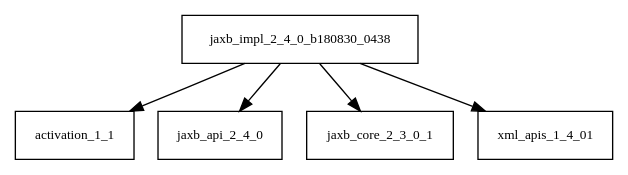
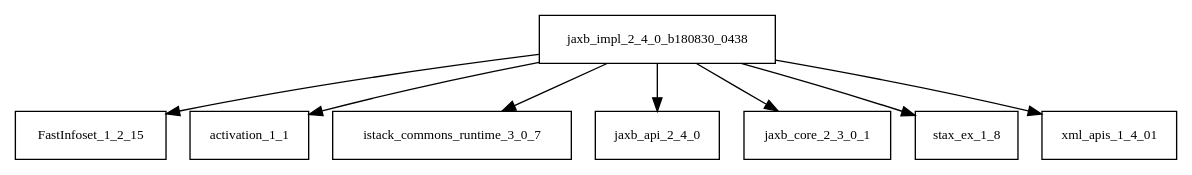
One commit to Hack23/cia changed the diagram in tattleTaleReport/graphviz/jaxb-impl-2.4.0-b180830.0438.jar/jaxb-impl-2.4.0-b180830.0438.jar.dot. Above: the diagram before and after it, drawn with Graphviz. The commit also changed 4049 other files, not shown here.

```diff
--- a/tattleTaleReport/graphviz/jaxb-impl-2.4.0-b180830.0438.jar/jaxb-impl-2.4.0-b180830.0438.jar.dot
+++ b/tattleTaleReport/graphviz/jaxb-impl-2.4.0-b180830.0438.jar/jaxb-impl-2.4.0-b180830.0438.jar.dot
@@ -1,7 +1,10 @@
 digraph jaxb_impl_2_4_0_b180830_0438_dependencies {
   node [shape = box, fontsize=10.0];
+  jaxb_impl_2_4_0_b180830_0438 -> FastInfoset_1_2_15;
   jaxb_impl_2_4_0_b180830_0438 -> activation_1_1;
+  jaxb_impl_2_4_0_b180830_0438 -> istack_commons_runtime_3_0_7;
   jaxb_impl_2_4_0_b180830_0438 -> jaxb_api_2_4_0;
   jaxb_impl_2_4_0_b180830_0438 -> jaxb_core_2_3_0_1;
+  jaxb_impl_2_4_0_b180830_0438 -> stax_ex_1_8;
   jaxb_impl_2_4_0_b180830_0438 -> xml_apis_1_4_01;
 }
```
